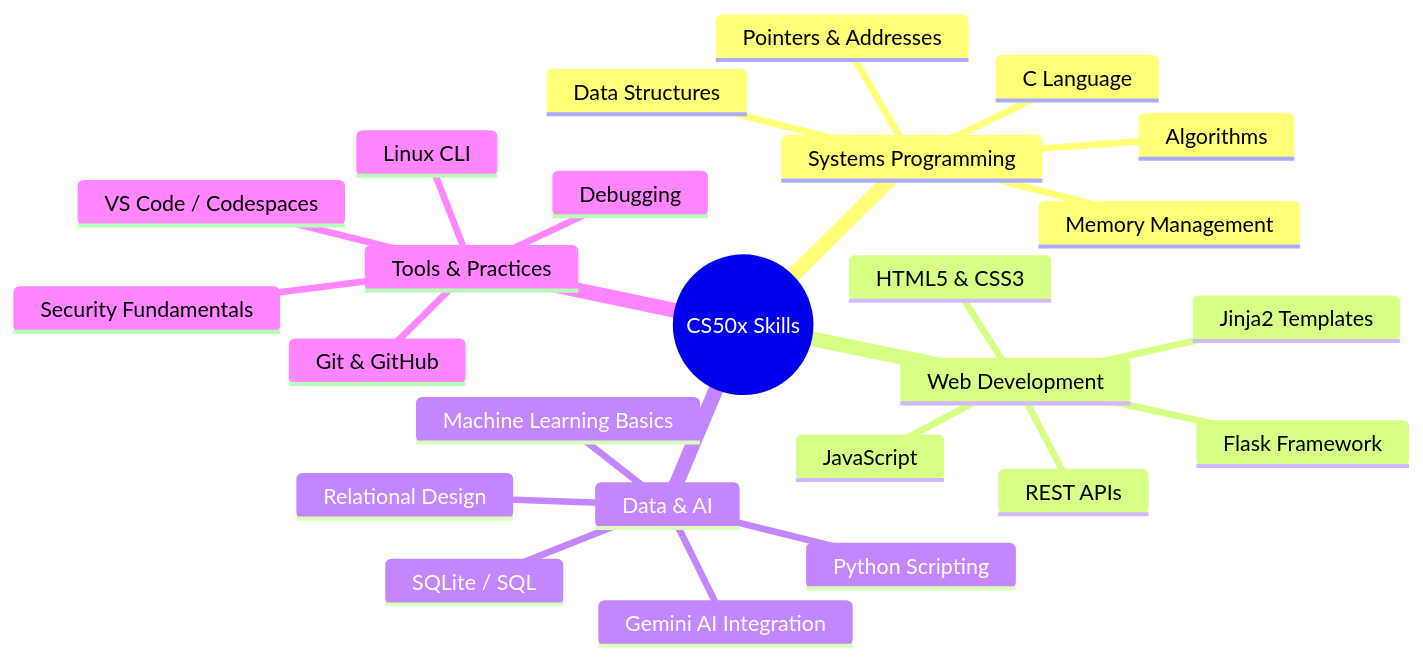
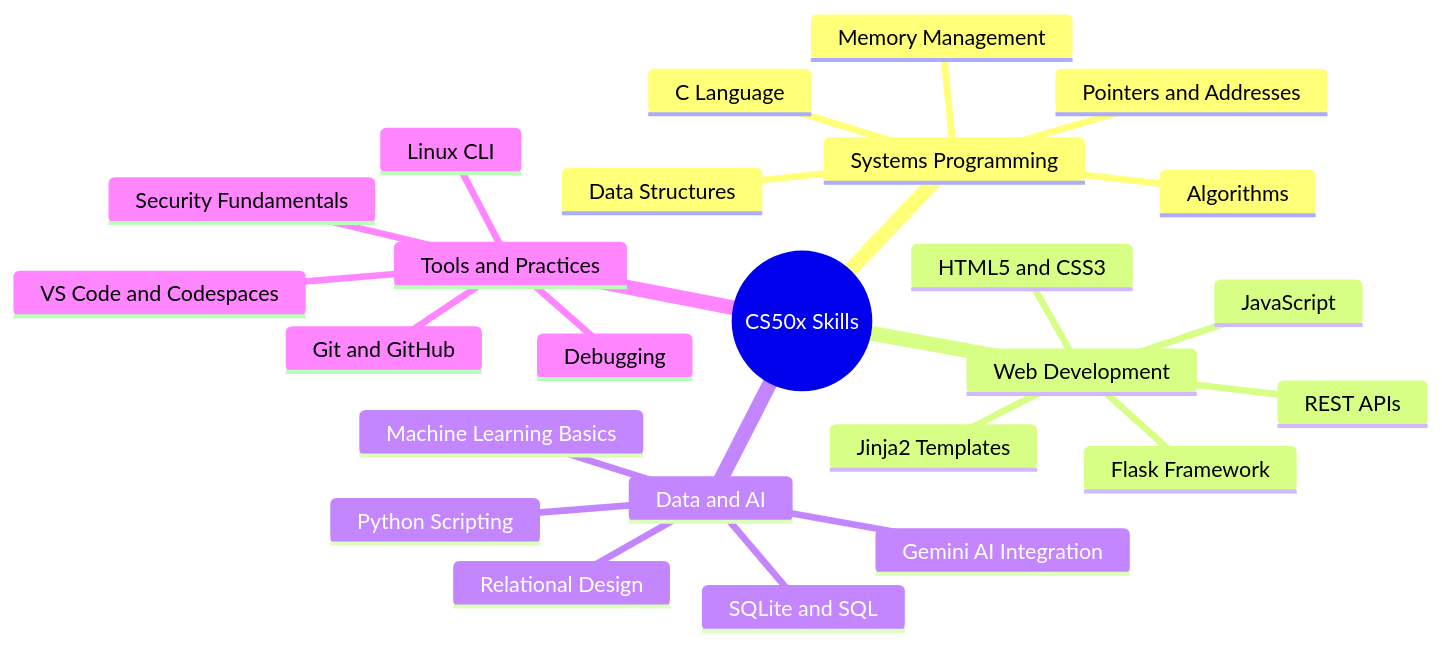
Before and after one commit to bavish007/cs50x: the second of 2 diagrams in README.md, drawn with Mermaid. The commit also changed other lines of this file, not shown here.

````diff
--- a/README.md
+++ b/README.md
@@ -161,28 +184,28 @@
 ```mermaid
 mindmap
   root((CS50x Skills))
     Systems Programming
       C Language
       Memory Management
-      Pointers & Addresses
+      Pointers and Addresses
       Data Structures
       Algorithms
     Web Development
-      HTML5 & CSS3
+      HTML5 and CSS3
       JavaScript
       Flask Framework
       Jinja2 Templates
       REST APIs
-    Data & AI
-      SQLite / SQL
+    Data and AI
+      SQLite and SQL
       Relational Design
       Python Scripting
       Gemini AI Integration
       Machine Learning Basics
-    Tools & Practices
-      Git & GitHub
+    Tools and Practices
+      Git and GitHub
       Linux CLI
-      VS Code / Codespaces
+      VS Code and Codespaces
       Debugging
       Security Fundamentals
 ```
````
